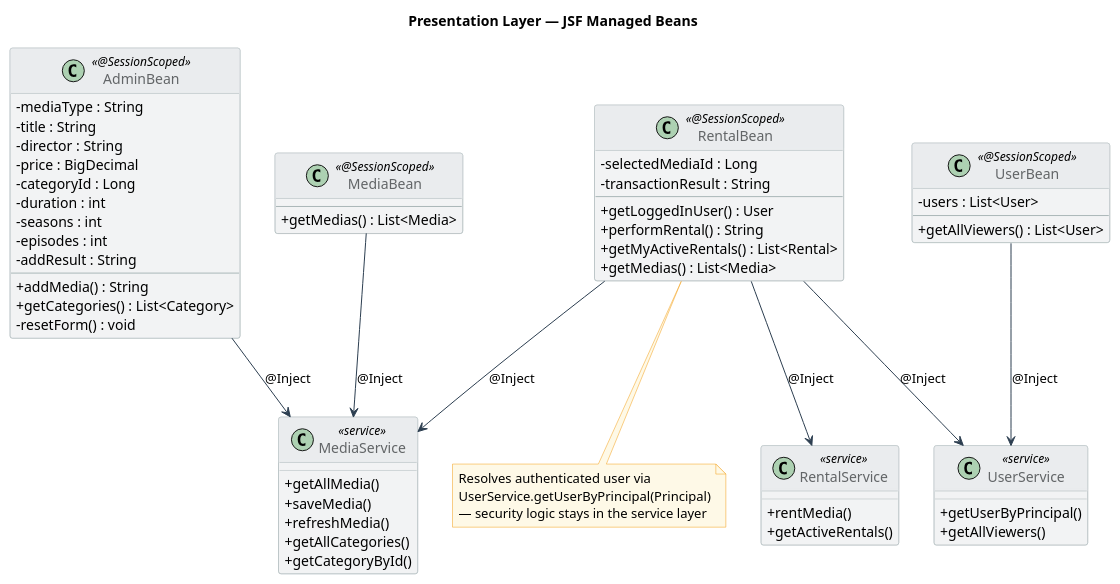
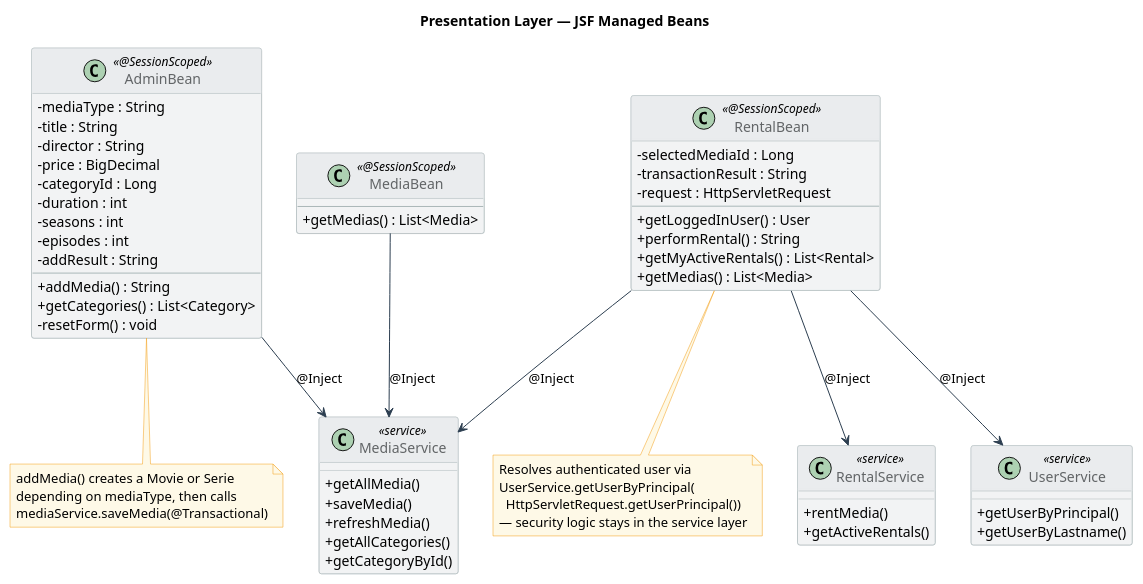
The diagram in UML/layer-presentation.puml (bearinthemountain/ImplementingServices), drawn with PlantUML before and after one commit. The commit also changed 6 other files, not shown here.

Commit message:
refactor(presentation): update RentalBean to use UserService for auth

```diff
--- a/UML/layer-presentation.puml
+++ b/UML/layer-presentation.puml
@@ -1,103 +1,104 @@
 @startuml layer-presentation
 skinparam classAttributeIconSize 0
 skinparam class {
   BackgroundColor White
   BorderColor #2C3E50
   HeaderBackgroundColor #D6EAF8
   FontName Arial
 }
 skinparam arrow {
   Color #2C3E50
 }
 skinparam note {
   BackgroundColor #FEF9E7
   BorderColor #F39C12
 }
 
 title Presentation Layer — JSF Managed Beans
 
 ' ══════════════════════════════════════════
 '  PRESENTATION (main layer)
 ' ══════════════════════════════════════════
 class AdminBean <<@SessionScoped>> {
   - mediaType : String
   - title : String
   - director : String
   - price : BigDecimal
   - categoryId : Long
   - duration : int
   - seasons : int
   - episodes : int
   - addResult : String
   --
   + addMedia() : String
   + getCategories() : List<Category>
   - resetForm() : void
 }
 
 class RentalBean <<@SessionScoped>> {
   - selectedMediaId : Long
   - transactionResult : String
+  - request : HttpServletRequest
   --
   + getLoggedInUser() : User
   + performRental() : String
   + getMyActiveRentals() : List<Rental>
   + getMedias() : List<Media>
 }
 
 class MediaBean <<@SessionScoped>> {
   --
   + getMedias() : List<Media>
-}
-
-class UserBean <<@SessionScoped>> {
-  - users : List<User>
-  --
-  + getAllViewers() : List<User>
 }
 
 ' ══════════════════════════════════════════
 '  SERVICE LAYER (external — simplified)
 ' ══════════════════════════════════════════
 skinparam class {
   BackgroundColor #F2F3F4
   BorderColor #AAB7B8
   HeaderBackgroundColor #EAECEE
   FontColor #626567
 }
 
 class MediaService <<service>> {
   + getAllMedia()
   + saveMedia()
   + refreshMedia()
   + getAllCategories()
   + getCategoryById()
 }
 
 class RentalService <<service>> {
   + rentMedia()
   + getActiveRentals()
 }
 
 class UserService <<service>> {
   + getUserByPrincipal()
-  + getAllViewers()
+  + getUserByLastname()
 }
 
 ' ══════════════════════════════════════════
 '  @Inject dependencies
 ' ══════════════════════════════════════════
 AdminBean  --> MediaService  : @Inject
 MediaBean  --> MediaService  : @Inject
 RentalBean --> MediaService  : @Inject
 RentalBean --> RentalService : @Inject
 RentalBean --> UserService   : @Inject
-UserBean   --> UserService   : @Inject
 
 note bottom of RentalBean
   Resolves authenticated user via
-  UserService.getUserByPrincipal(Principal)
+  UserService.getUserByPrincipal(
+    HttpServletRequest.getUserPrincipal())
   — security logic stays in the service layer
 end note
 
+note bottom of AdminBean
+  addMedia() creates a Movie or Serie
+  depending on mediaType, then calls
+  mediaService.saveMedia(@Transactional)
+end note
+
 @enduml
```
